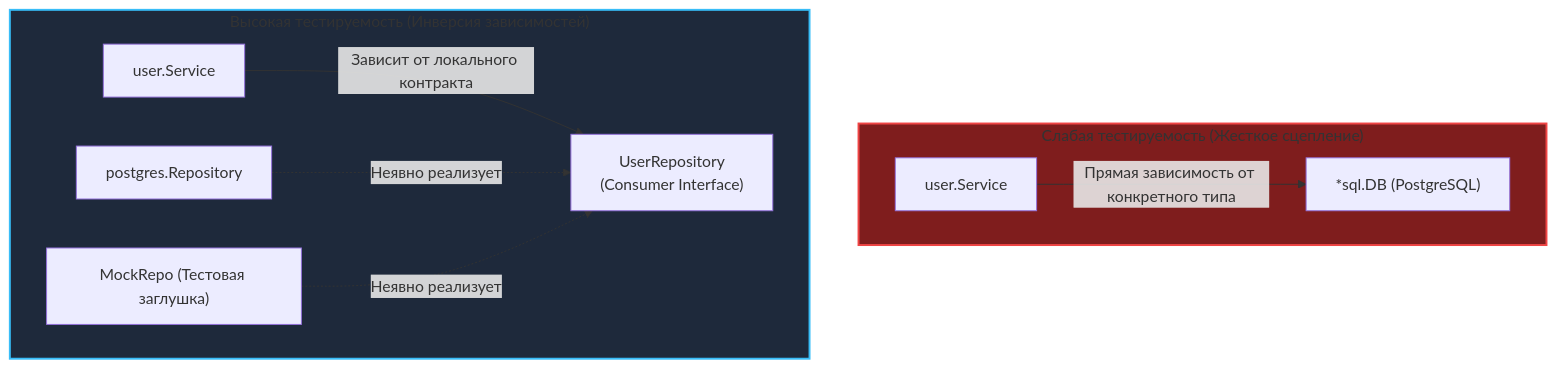
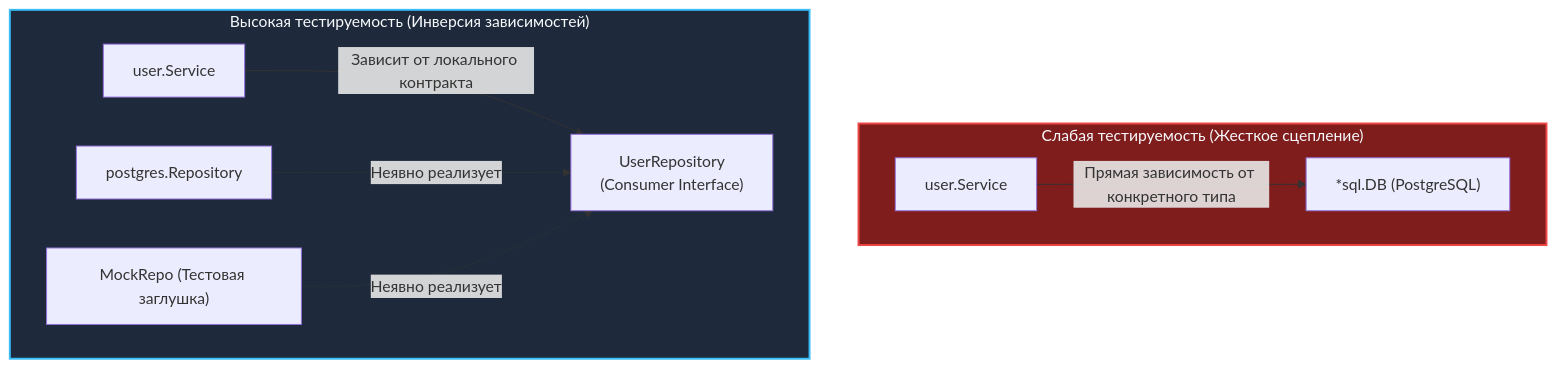
The diagram in sources/15. Тестирование в Go (QA & Testing)/01. Фундамент/4. Testability и дизайн кода.md (UnrealTemplier/go-textbook), drawn with Mermaid before and after one commit. The commit also changed 310 other files, not shown here.

First line of the commit message:
fix(mermaid): replace light fill colors with dark palette for readability on dark theme

````diff
--- a/sources/15. Тестирование в Go (QA & Testing)/01. Фундамент/4. Testability и дизайн кода.md
+++ b/sources/15. Тестирование в Go (QA & Testing)/01. Фундамент/4. Testability и дизайн кода.md
@@ -185,15 +185,15 @@
 ```mermaid
 flowchart TD
     subgraph Tight["Слабая тестируемость (Жесткое сцепление)"]
         S1["user.Service"] -->|"Прямая зависимость от конкретного типа"| DB1["*sql.DB (PostgreSQL)"]
     end
     
     subgraph Decoupled["Высокая тестируемость (Инверсия зависимостей)"]
         S2["user.Service"] -->|"Зависит от локального контракта"| I["UserRepository<br>(Consumer Interface)"]
         DB2["postgres.Repository"] -.->|"Неявно реализует"| I
         Mock["MockRepo (Тестовая заглушка)"] -.->|"Неявно реализует"| I
     end
     
-    style Tight fill:#7f1d1d,stroke:#ef4444,stroke-width:2px
-    style Decoupled fill:#1e293b,stroke:#38bdf8,stroke-width:2px
+    style Tight fill:#7f1d1d,stroke:#ef4444,stroke-width:2px,color:#f8fafc
+    style Decoupled fill:#1e293b,stroke:#38bdf8,stroke-width:2px,color:#f8fafc
 ```
````
